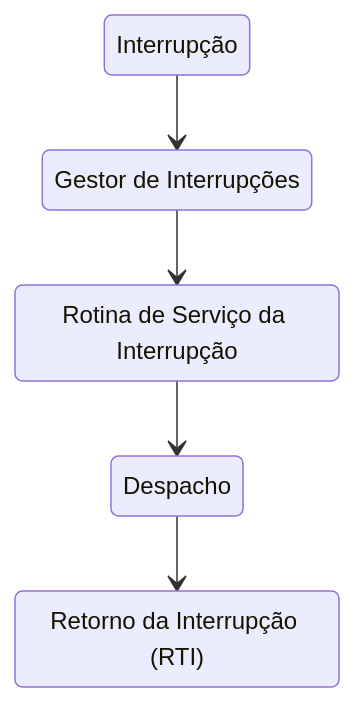
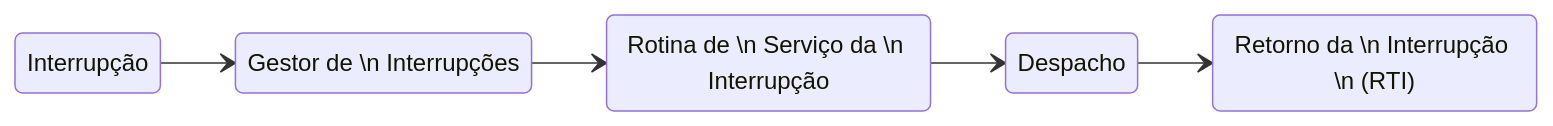
One commit to leic-pt/resumos-leic changed the second of 3 diagrams in content/so/0009-process-management.md. Above: the diagram before and after it, drawn with Mermaid. The commit also changed other lines of this file and 11 other files, not shown here.

````diff
--- a/content/so/0009-process-management.md
+++ b/content/so/0009-process-management.md
@@ -90,13 +104,15 @@
 ```mermaid
 stateDiagram-v2
+	direction LR
+
     int: Interrupção
-    manager: Gestor de Interrupções
-    rsi: Rotina de Serviço da Interrupção
+    manager: Gestor de \n Interrupções
+    rsi: Rotina de \n Serviço da \n Interrupção
     dispatch: Despacho
-    rti: Retorno da Interrupção (RTI)
+    rti: Retorno da \n Interrupção \n (RTI)
 
     int --> manager
     manager --> rsi
     rsi --> dispatch
     dispatch --> rti
 ```
````
